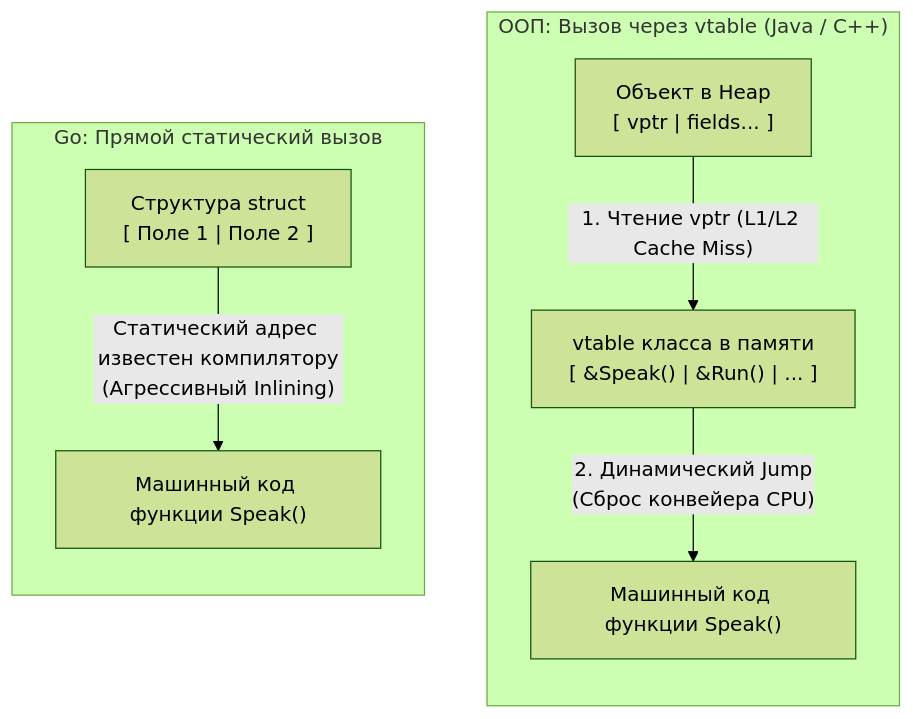
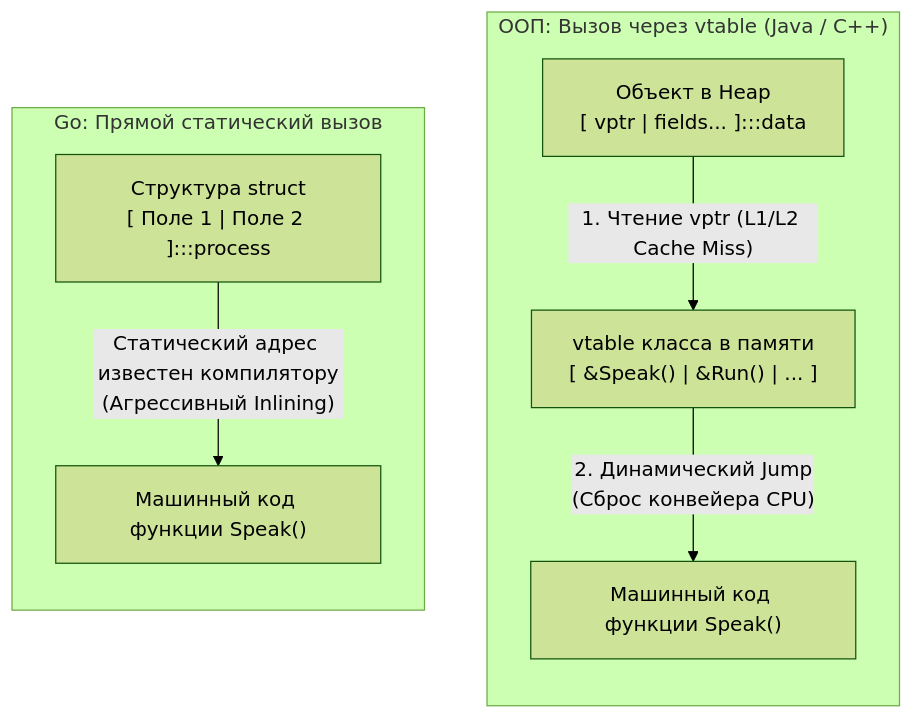
The diagram in sources/4. История и философия Go/12. Composition Over Inheritance. Почему в Go нет наследования.md (UnrealTemplier/go-textbook), drawn with Mermaid (forest theme) before and after one commit. The commit also changed 1666 other files, not shown here.

First line of the commit message:
feat(mermaid): add semantic color classDef to 1369 colorless flowchart/graph diagrams

````diff
--- a/sources/4. История и философия Go/12. Composition Over Inheritance. Почему в Go нет наследования.md
+++ b/sources/4. История и философия Go/12. Composition Over Inheritance. Почему в Go нет наследования.md
@@ -38,13 +38,23 @@
 ```mermaid
 flowchart TD
+    classDef process  fill:#1e293b,stroke:#38bdf8,stroke-width:1px,color:#f8fafc
+    classDef success  fill:#064e3b,stroke:#34d399,stroke-width:1px,color:#f8fafc
+    classDef error    fill:#7f1d1d,stroke:#f87171,stroke-width:1px,color:#f8fafc
+    classDef warning  fill:#78350f,stroke:#fbbf24,stroke-width:1px,color:#f8fafc
+    classDef entry    fill:#1e3a5f,stroke:#38bdf8,stroke-width:2px,color:#f8fafc
+    classDef aux      fill:#334155,stroke:#64748b,stroke-width:1px,color:#f8fafc
+    classDef system   fill:#312e81,stroke:#a78bfa,stroke-width:1px,color:#f8fafc
+    classDef data     fill:#132d29,stroke:#2dd4bf,stroke-width:1px,color:#f8fafc
+    classDef network  fill:#881337,stroke:#fb7185,stroke-width:1px,color:#f8fafc
+    classDef accent   fill:#1e1b4b,stroke:#818cf8,stroke-width:1px,color:#f8fafc
     subgraph OOP_VTABLE ["ООП: Вызов через vtable (Java / C++)"]
         direction TB
-        A["Объект в Heap<br>[ vptr | fields... ]"] -->|"1. Чтение vptr (L1/L2 Cache Miss)"| B["vtable класса в памяти<br>[ &Speak() | &Run() | ... ]"]
+        A["Объект в Heap<br>[ vptr | fields... ]:::data"] -->|"1. Чтение vptr (L1/L2 Cache Miss)"| B["vtable класса в памяти<br>[ &Speak() | &Run() | ... ]"]
         B -->|"2. Динамический Jump<br>(Сброс конвейера CPU)"| C["Машинный код функции Speak()"]
     end
 
     subgraph GO_DIRECT ["Go: Прямой статический вызов"]
         direction TB
-        D["Структура struct<br>[ Поле 1 | Поле 2 ]"] -->|"Статический адрес известен компилятору<br>(Агрессивный Inlining)"| E["Машинный код функции Speak()"]
+        D["Структура struct<br>[ Поле 1 | Поле 2 ]:::process"] -->|"Статический адрес известен компилятору<br>(Агрессивный Inlining)"| E["Машинный код функции Speak()"]
     end
 ```
````
